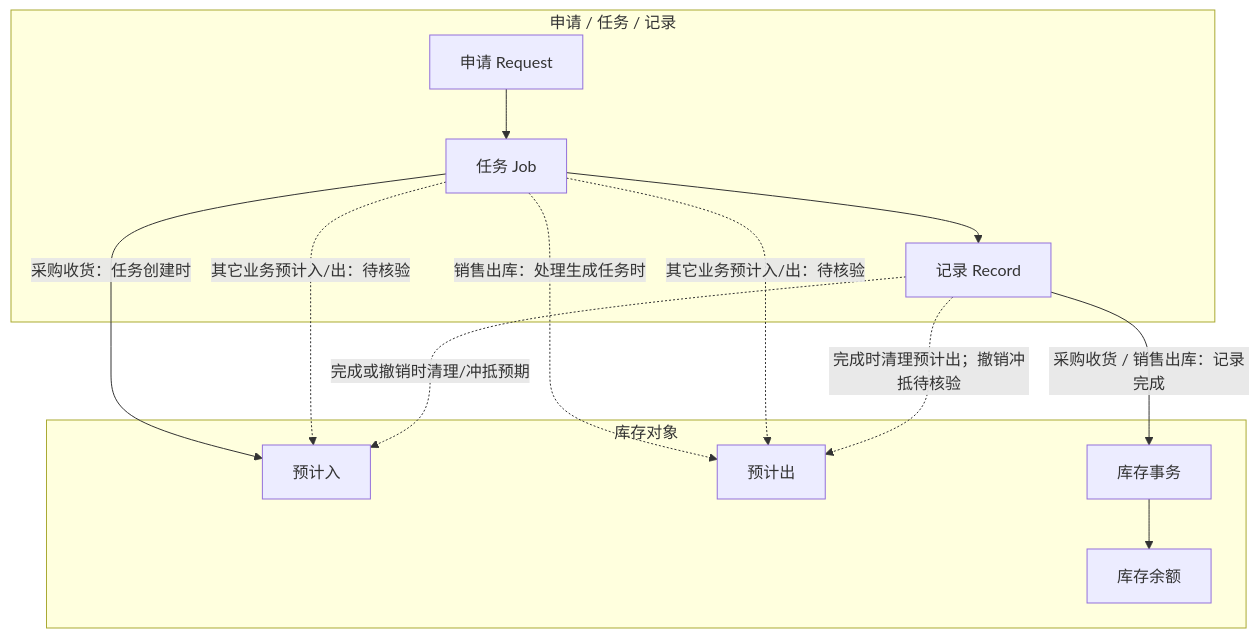
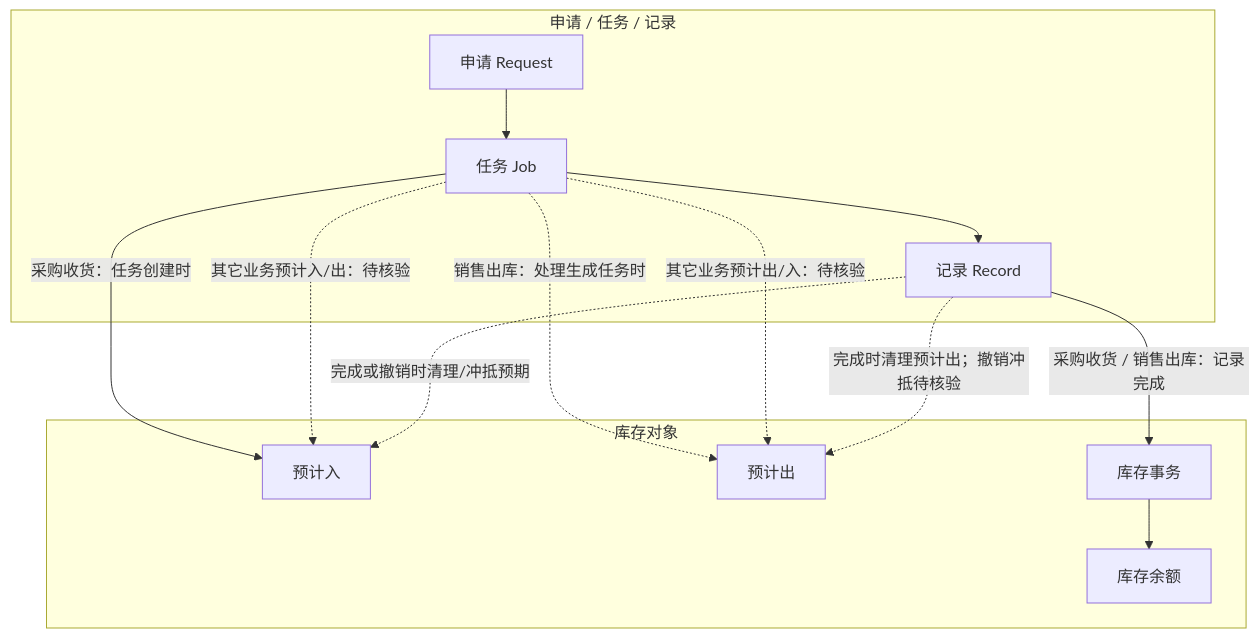
The first of 2 diagrams in docs/02-业务模型/02-库存数据挂接模型.md (jiargcn/MomProductDocument), drawn with Mermaid before and after one commit. The commit also changed other lines of this file and 65 other files, not shown here.

````diff
--- a/docs/02-业务模型/02-库存数据挂接模型.md
+++ b/docs/02-业务模型/02-库存数据挂接模型.md
@@ -18,25 +35,25 @@
 ```mermaid
 flowchart TB
     subgraph ATR["申请 / 任务 / 记录"]
         REQ["申请 Request"]
         JOB["任务 Job"]
         REC["记录 Record"]
         REQ --> JOB --> REC
     end
 
     subgraph INV["库存对象"]
         EIN["预计入"]
         EOUT["预计出"]
         TXN["库存事务"]
         BAL["库存余额"]
     end
 
     JOB -->|采购收货：任务创建时| EIN
     JOB -.->|销售出库：处理生成任务时| EOUT
     JOB -.->|其它业务预计入/出：待核验| EIN
-    JOB -.->|其它业务预计入/出：待核验| EOUT
+    JOB -.->|其它业务预计出/入：待核验| EOUT
     REC -->|采购收货 / 销售出库：记录完成| TXN
     TXN --> BAL
     REC -.->|完成或撤销时清理/冲抵预期| EIN
     REC -.->|完成时清理预计出；撤销冲抵待核验| EOUT
 ```
````
